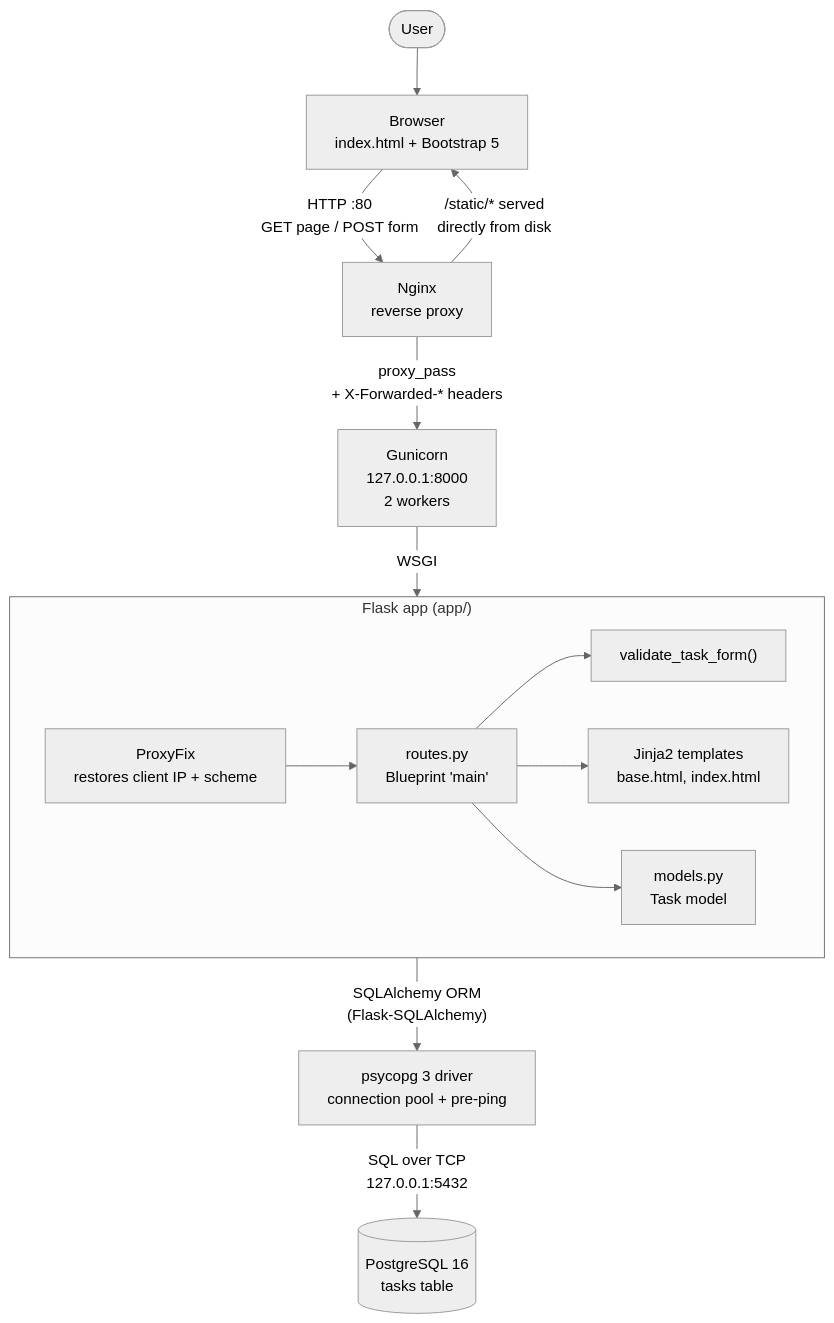
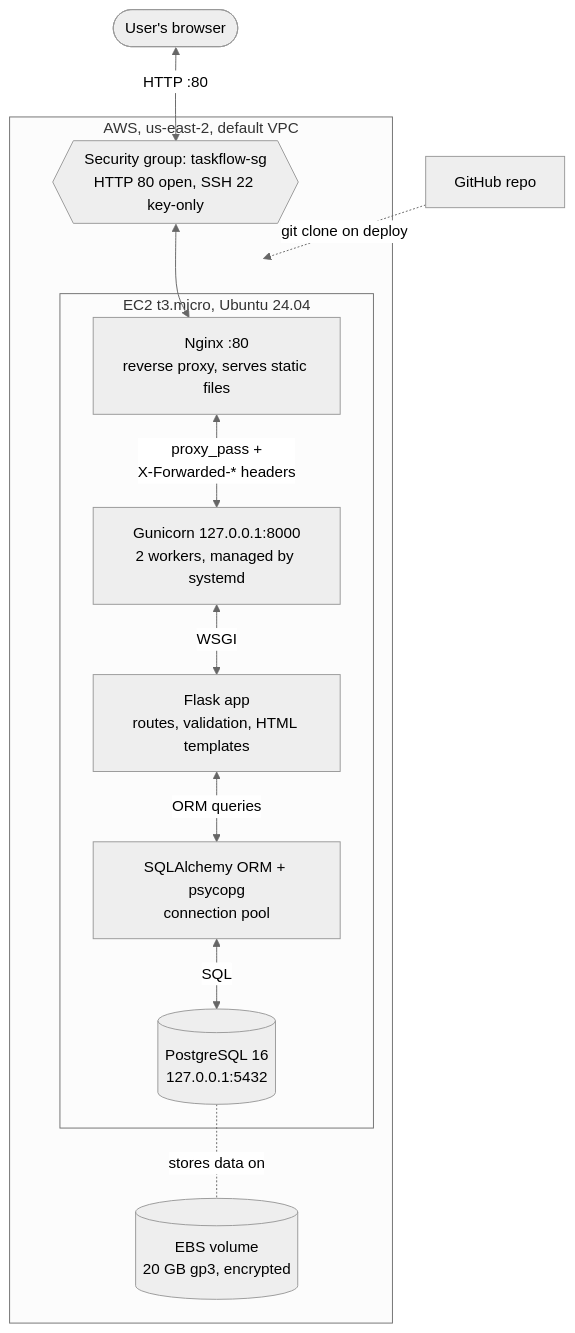
Before and after one commit to Jinal-Thummar/mangoapps: the first of 2 diagrams in README.md, drawn with Mermaid (neutral theme). The commit also changed other lines of this file, not shown here.

First line of the commit message:
README: rewrite for a concise, architecture-level overview

````diff
--- a/README.md
+++ b/README.md
@@ -45,19 +11,27 @@
 ```mermaid
 flowchart TB
-    U(["User"]) --> B["Browser<br/>index.html + Bootstrap 5"]
-    B -- "HTTP :80<br/>GET page / POST form" --> N["Nginx<br/>reverse proxy"]
-    N -- "/static/* served<br/>directly from disk" --> B
-    N -- "proxy_pass<br/>+ X-Forwarded-* headers" --> G["Gunicorn<br/>127.0.0.1:8000<br/>2 workers"]
-    G -- "WSGI" --> P
+    User(["User's browser"])
 
-    subgraph FLASK["Flask app (app/)"]
-        direction LR
-        P["ProxyFix<br/>restores client IP + scheme"] --> R["routes.py<br/>Blueprint 'main'"]
-        R --> V["validate_task_form()"]
-        R --> T["Jinja2 templates<br/>base.html, index.html"]
-        R --> M["models.py<br/>Task model"]
+    subgraph AWS["AWS, us-east-2, default VPC"]
+        SG{{"Security group: taskflow-sg<br/>HTTP 80 open, SSH 22 key-only"}}
+        subgraph EC2["EC2 t3.micro, Ubuntu 24.04"]
+            N["Nginx :80<br/>reverse proxy, serves static files"]
+            G["Gunicorn 127.0.0.1:8000<br/>2 workers, managed by systemd"]
+            F["Flask app<br/>routes, validation, HTML templates"]
+            O["SQLAlchemy ORM + psycopg<br/>connection pool"]
+            DB[("PostgreSQL 16<br/>127.0.0.1:5432")]
+        end
+        EBS[("EBS volume<br/>20 GB gp3, encrypted")]
     end
 
-    M -- "SQLAlchemy ORM<br/>(Flask-SQLAlchemy)" --> D["psycopg 3 driver<br/>connection pool + pre-ping"]
-    D -- "SQL over TCP<br/>127.0.0.1:5432" --> DB[("PostgreSQL 16<br/>tasks table")]
+    GH["GitHub repo"]
+
+    User <-- "HTTP :80" --> SG
+    SG <--> N
+    N <-- "proxy_pass +<br/>X-Forwarded-* headers" --> G
+    G <-- "WSGI" --> F
+    F <-- "ORM queries" --> O
+    O <-- "SQL" --> DB
+    DB -. "stores data on" .- EBS
+    GH -. "git clone on deploy" .-> EC2
 ```
````
